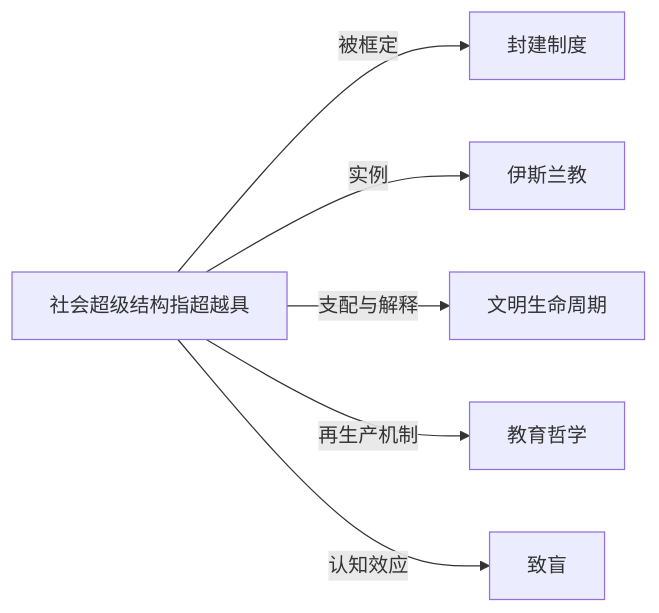
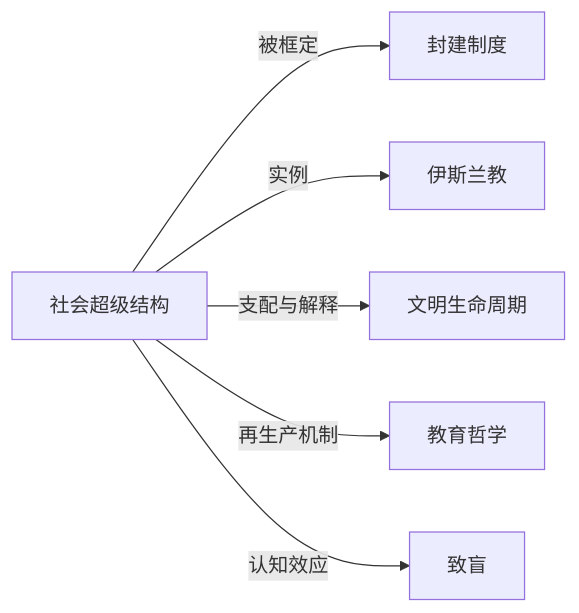
The diagram in Knowledge/Concepts/社会学/社会超级结构.md (KIMMCHOW/MyKnowledge), drawn with Mermaid before and after one commit. The commit also changed 96 other files, not shown here.

Commit message:
fix: 修复概念页关系图节点并补齐缺失关联

````diff
--- a/Knowledge/Concepts/社会学/社会超级结构.md
+++ b/Knowledge/Concepts/社会学/社会超级结构.md
@@ -44,8 +44,8 @@
 ```mermaid
 graph LR
-    社会超级结构指超越具 -->|被框定| 封建制度
-    社会超级结构指超越具 -->|实例| 伊斯兰教
-    社会超级结构指超越具 -->|支配与解释| 文明生命周期
-    社会超级结构指超越具 -->|再生产机制| 教育哲学
-    社会超级结构指超越具 -->|认知效应| 致盲
+社会超级结构 -->|被框定| 封建制度
+社会超级结构 -->|实例| 伊斯兰教
+社会超级结构 -->|支配与解释| 文明生命周期
+社会超级结构 -->|再生产机制| 教育哲学
+社会超级结构 -->|认知效应| 致盲
 ```
````
